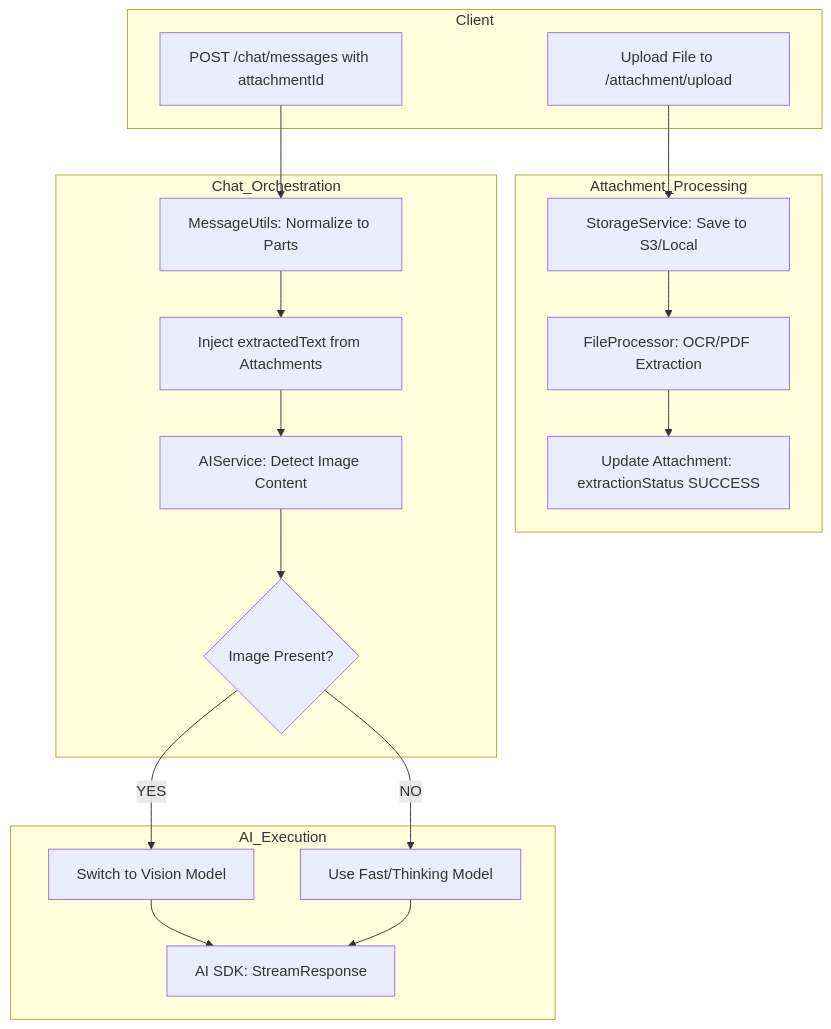
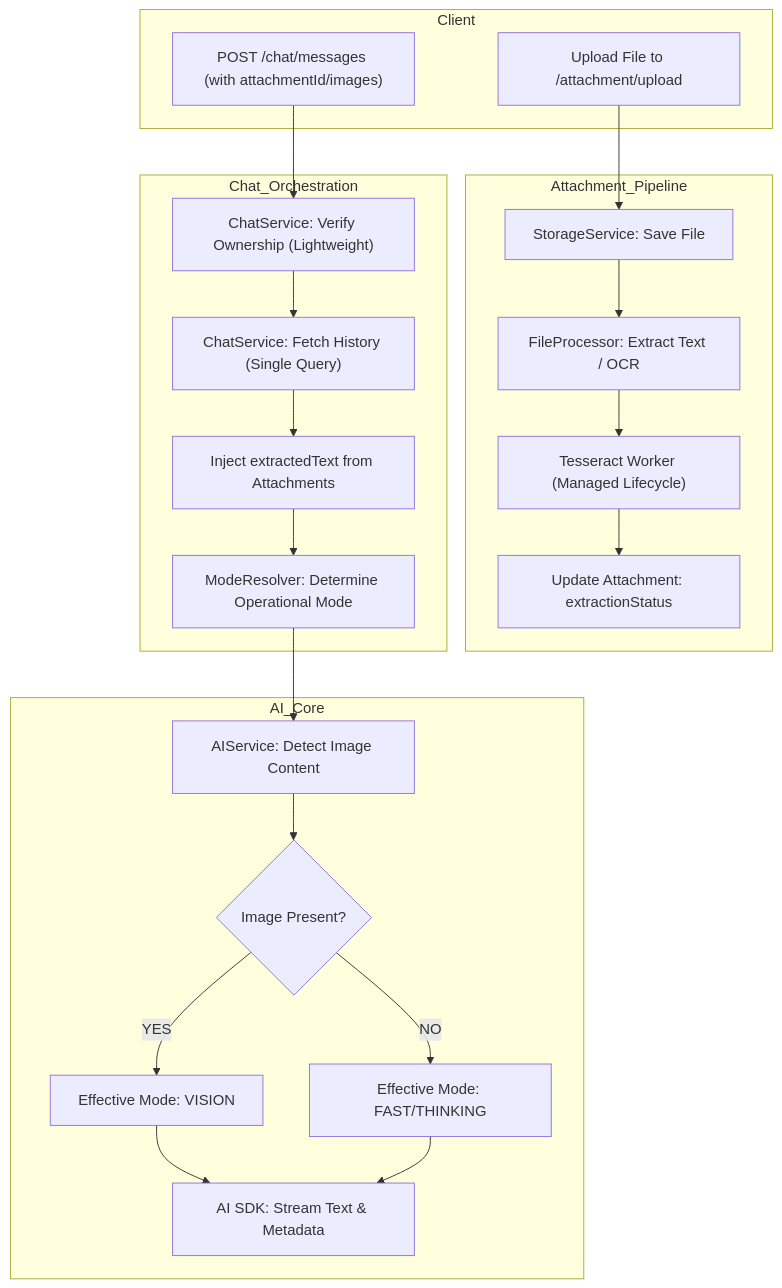
Before and after one commit to Kashif-Rezwi/better-dev-api: the diagram in architectures/ARCHITECTURE_CURRENT.md, drawn with Mermaid. The commit also changed other lines of this file, not shown here.

Commit message:
docs: Update architecture document to reflect enhancements in multi-modal API, including optimized data flow, dynamic model routing, and improved attachment processing with managed worker lifecycles.

````diff
--- a/architectures/ARCHITECTURE_CURRENT.md
+++ b/architectures/ARCHITECTURE_CURRENT.md
@@ -53,41 +60,40 @@
 ```mermaid
 graph TD
     subgraph Client
         Upload["Upload File to /attachment/upload"]
-        ChatReq["POST /chat/messages with attachmentId"]
+        ChatReq["POST /chat/messages (with attachmentId/images)"]
     end
 
-    subgraph Attachment_Processing
-        Store["StorageService: Save to S3/Local"]
-        Process["FileProcessor: OCR/PDF Extraction"]
-        UpdateDB["Update Attachment: extractionStatus SUCCESS"]
+    subgraph Attachment_Pipeline
+        Store["StorageService: Save File"]
+        Process["FileProcessor: Extract Text / OCR"]
+        Worker["Tesseract Worker (Managed Lifecycle)"]
+        UpdateDB["Update Attachment: extractionStatus"]
     end
 
     subgraph Chat_Orchestration
-        Normalize["MessageUtils: Normalize to Parts"]
+        Verify["ChatService: Verify Ownership (Lightweight)"]
+        Fetch["ChatService: Fetch History (Single Query)"]
         Context["Inject extractedText from Attachments"]
-        Detect["AIService: Detect Image Content"]
-        ModeCheck{"Image Present?"}
+        Resolve["ModeResolver: Determine Operational Mode"]
     end
 
-    subgraph AI_Execution
-        VisionMode["Switch to Vision Model"]
-        TextMode["Use Fast/Thinking Model"]
-        Stream["AI SDK: StreamResponse"]
+    subgraph AI_Core
+        Detect["AIService: Detect Image Content"]
+        Switch{"Image Present?"}
+        Vision["Effective Mode: VISION"]
+        Text["Effective Mode: FAST/THINKING"]
+        Stream["AI SDK: Stream Text & Metadata"]
     end
 
-    Upload --> Store
-    Store --> Process
-    Process --> UpdateDB
+    Upload --> Store --> Process --> Worker --> UpdateDB
     
-    ChatReq --> Normalize
-    Normalize --> Context
-    Context --> Detect
-    Detect --> ModeCheck
+    ChatReq --> Verify --> Fetch --> Context --> Resolve --> Detect
     
-    ModeCheck -- YES --> VisionMode
-    ModeCheck -- NO --> TextMode
+    Detect --> Switch
+    Switch -- YES --> Vision
+    Switch -- NO --> Text
     
-    VisionMode --> Stream
-    TextMode --> Stream
+    Vision --> Stream
+    Text --> Stream
 ```
````
